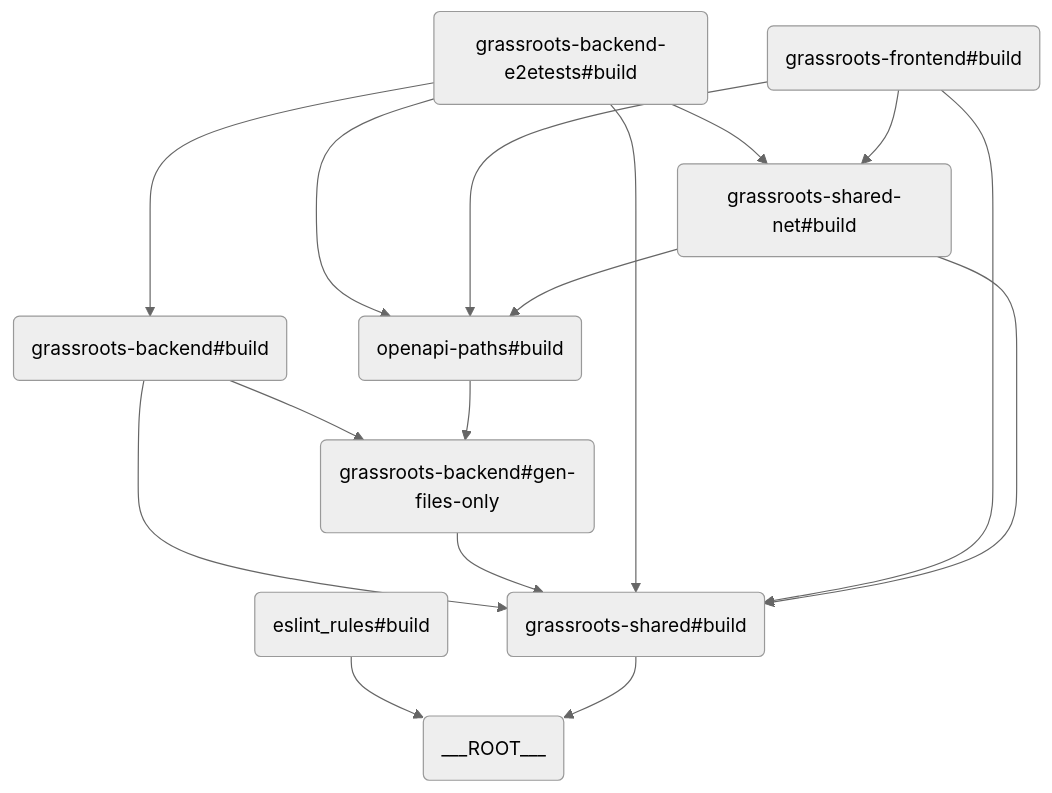
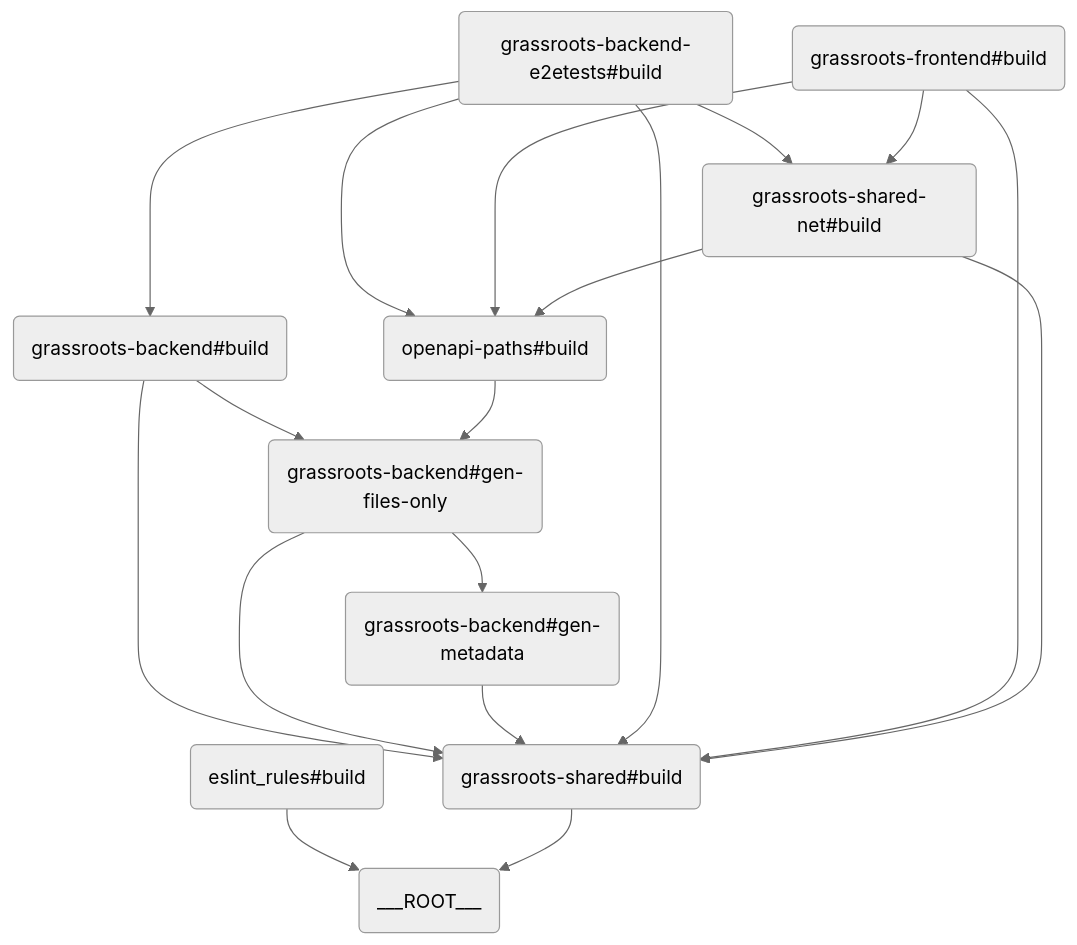
The diagram in docs/buildgraph.mermaid (gpo/grassroots), drawn with Mermaid (neutral theme) before and after one commit. The commit also changed 6 other files, not shown here.

```diff
--- a/docs/buildgraph.mermaid
+++ b/docs/buildgraph.mermaid
@@ -1,16 +1,18 @@
 graph TD
 	QHZT("eslint_rules#build") --> ETTT("___ROOT___")
 	JEGP("grassroots-backend#build") --> EMLE("grassroots-backend#gen-files-only")
 	JEGP("grassroots-backend#build") --> LRHC("grassroots-shared#build")
+	EMLE("grassroots-backend#gen-files-only") --> GLAO("grassroots-backend#gen-metadata")
 	EMLE("grassroots-backend#gen-files-only") --> LRHC("grassroots-shared#build")
-	GLAO("grassroots-backend-e2etests#build") --> JEGP("grassroots-backend#build")
-	GLAO("grassroots-backend-e2etests#build") --> LRHC("grassroots-shared#build")
-	GLAO("grassroots-backend-e2etests#build") --> VELR("grassroots-shared-net#build")
-	GLAO("grassroots-backend-e2etests#build") --> TXWC("openapi-paths#build")
-	WCIN("grassroots-frontend#build") --> LRHC("grassroots-shared#build")
-	WCIN("grassroots-frontend#build") --> VELR("grassroots-shared-net#build")
-	WCIN("grassroots-frontend#build") --> TXWC("openapi-paths#build")
+	GLAO("grassroots-backend#gen-metadata") --> LRHC("grassroots-shared#build")
+	VELR("grassroots-backend-e2etests#build") --> JEGP("grassroots-backend#build")
+	VELR("grassroots-backend-e2etests#build") --> LRHC("grassroots-shared#build")
+	VELR("grassroots-backend-e2etests#build") --> TXWC("grassroots-shared-net#build")
+	VELR("grassroots-backend-e2etests#build") --> WCIN("openapi-paths#build")
+	TPBW("grassroots-frontend#build") --> LRHC("grassroots-shared#build")
+	TPBW("grassroots-frontend#build") --> TXWC("grassroots-shared-net#build")
+	TPBW("grassroots-frontend#build") --> WCIN("openapi-paths#build")
 	LRHC("grassroots-shared#build") --> ETTT("___ROOT___")
-	VELR("grassroots-shared-net#build") --> LRHC("grassroots-shared#build")
-	VELR("grassroots-shared-net#build") --> TXWC("openapi-paths#build")
-	TXWC("openapi-paths#build") --> EMLE("grassroots-backend#gen-files-only")
+	TXWC("grassroots-shared-net#build") --> LRHC("grassroots-shared#build")
+	TXWC("grassroots-shared-net#build") --> WCIN("openapi-paths#build")
+	WCIN("openapi-paths#build") --> EMLE("grassroots-backend#gen-files-only")
```
